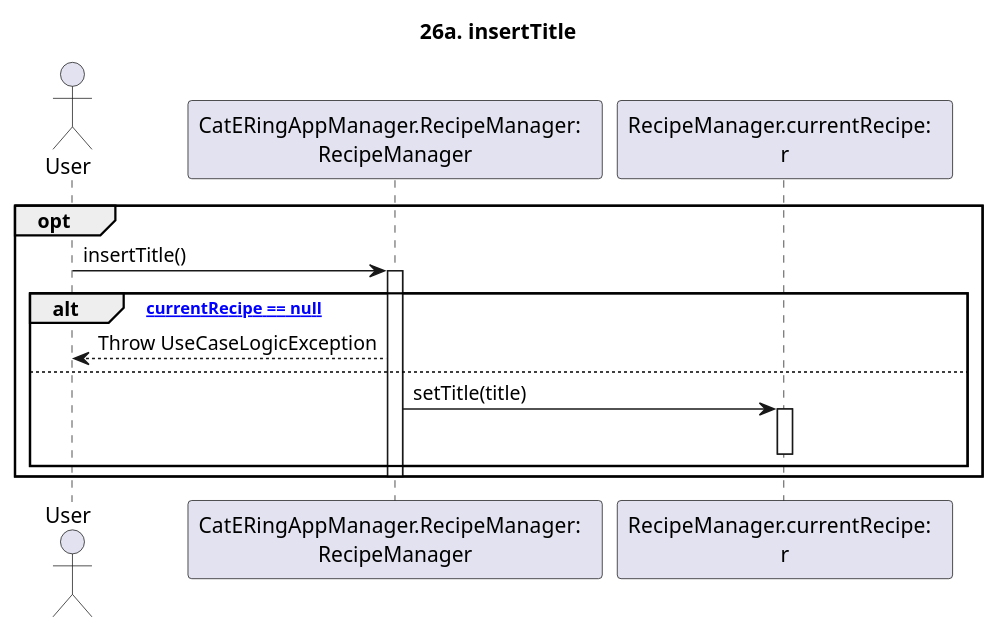
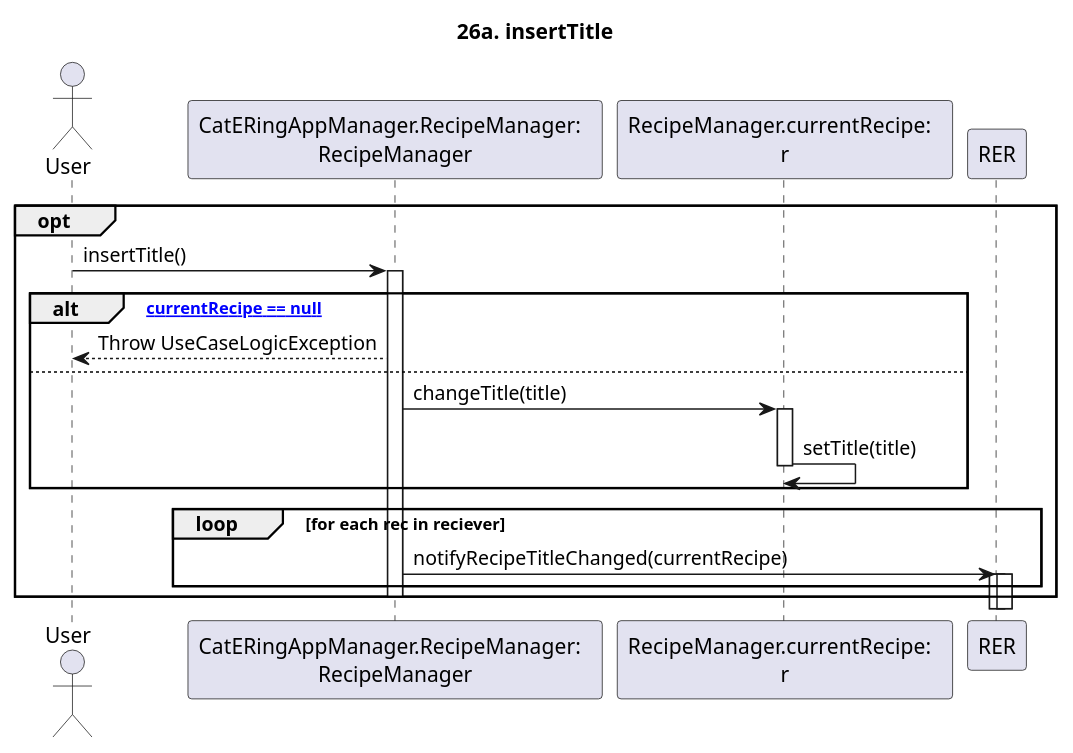
The diagram in dsd/dsd-ricette/estensioni/926a-insertTitle.md (m0canu1/sas), drawn with PlantUML before and after one commit. The commit also changed 11 other files, not shown here.

````diff
--- a/dsd/dsd-ricette/estensioni/926a-insertTitle.md
+++ b/dsd/dsd-ricette/estensioni/926a-insertTitle.md
@@ -1,21 +1,27 @@
 ```plantuml
 
 title: 26a. insertTitle
 
 Actor User
 Participant "CatERingAppManager.RecipeManager:  \nRecipeManager" as RM
 Participant "RecipeManager.currentRecipe:  \nr" as CR
 
 opt
 	User -> RM: insertTitle()
 	Activate RM
 	alt ["currentRecipe == null"]
 		RM --> User: Throw UseCaseLogicException
 	else 
-		RM -> CR: setTitle(title)
+		RM -> CR: changeTitle(title)
 		Activate CR
+		CR -> CR: setTitle(title)
 		Deactivate CR
+	end
+	loop for each rec in reciever
+		RM -> RER: notifyRecipeTitleChanged(currentRecipe)
+		activate RER
+		activate RER
 	end
 	Deactivate RM
 end
 ```
````
